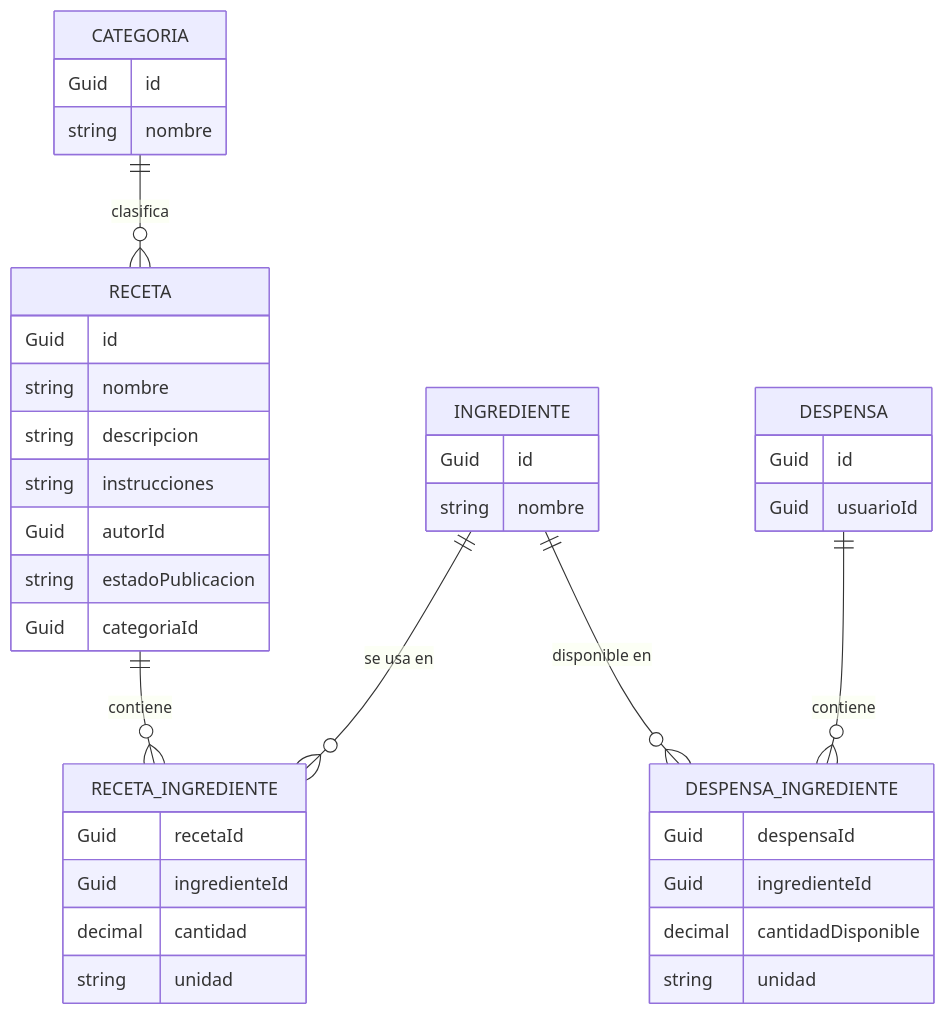
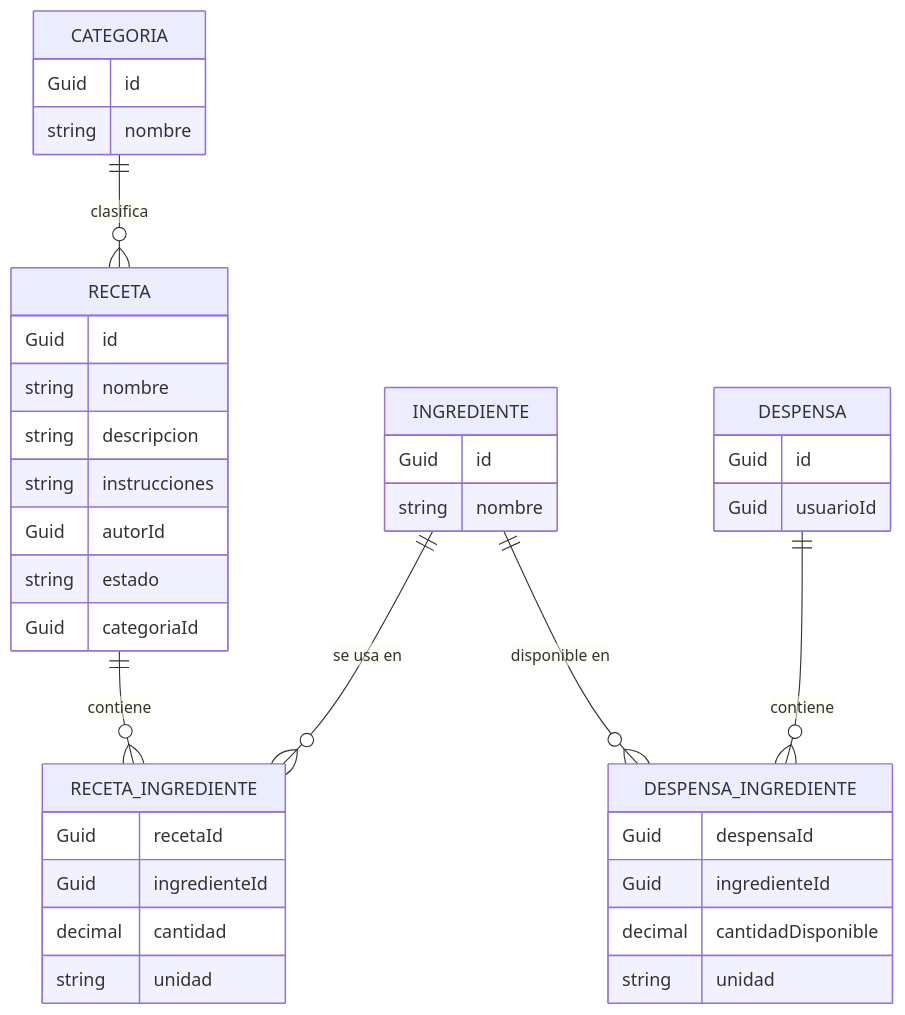
Before and after one commit to surkyb/what-are-we-eating: the second of 2 diagrams in README.md, drawn with Mermaid. The commit also changed 5 other files, not shown here.

````diff
--- a/README.md
+++ b/README.md
@@ -303,42 +303,42 @@
 ```mermaid
 erDiagram
     CATEGORIA ||--o{ RECETA : clasifica
     RECETA ||--o{ RECETA_INGREDIENTE : contiene
     INGREDIENTE ||--o{ RECETA_INGREDIENTE : "se usa en"
     DESPENSA ||--o{ DESPENSA_INGREDIENTE : contiene
     INGREDIENTE ||--o{ DESPENSA_INGREDIENTE : "disponible en"
 
     CATEGORIA {
         Guid id
         string nombre
     }
     RECETA {
         Guid id
         string nombre
         string descripcion
         string instrucciones
         Guid autorId
-        string estadoPublicacion
+        string estado
         Guid categoriaId
     }
     INGREDIENTE {
         Guid id
         string nombre
     }
     DESPENSA {
         Guid id
         Guid usuarioId
     }
     RECETA_INGREDIENTE {
         Guid recetaId
         Guid ingredienteId
         decimal cantidad
         string unidad
     }
     DESPENSA_INGREDIENTE {
         Guid despensaId
         Guid ingredienteId
         decimal cantidadDisponible
         string unidad
     }
 ```
````
